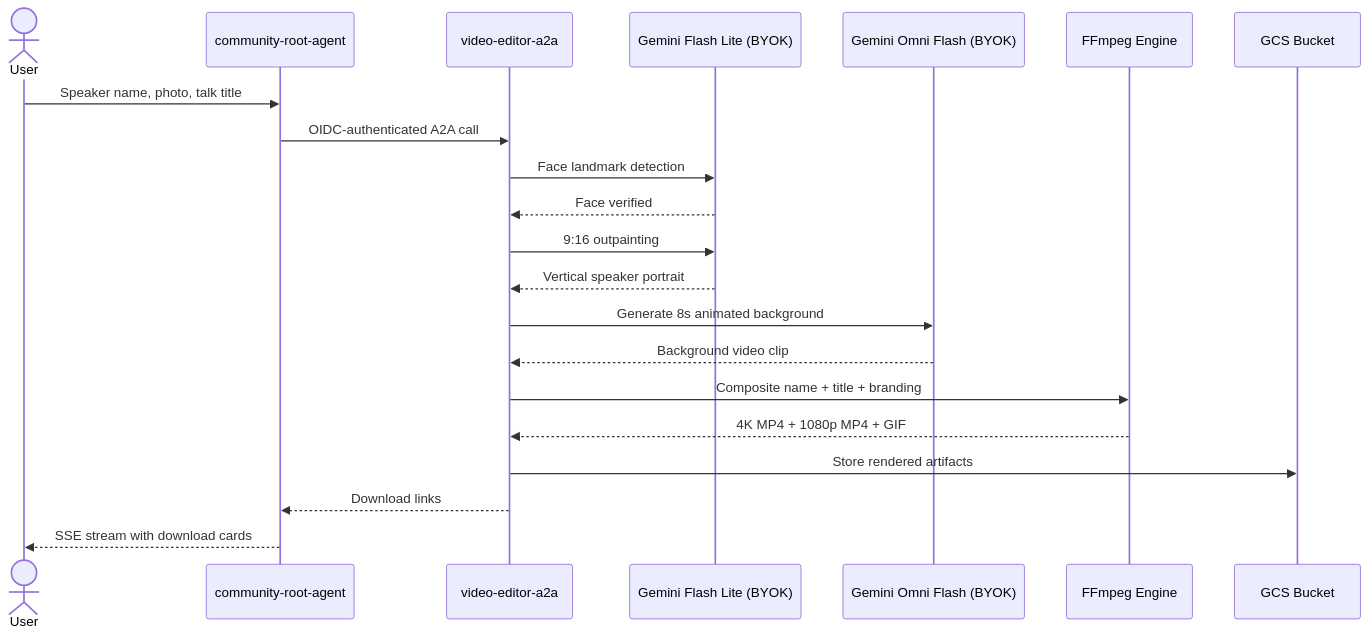
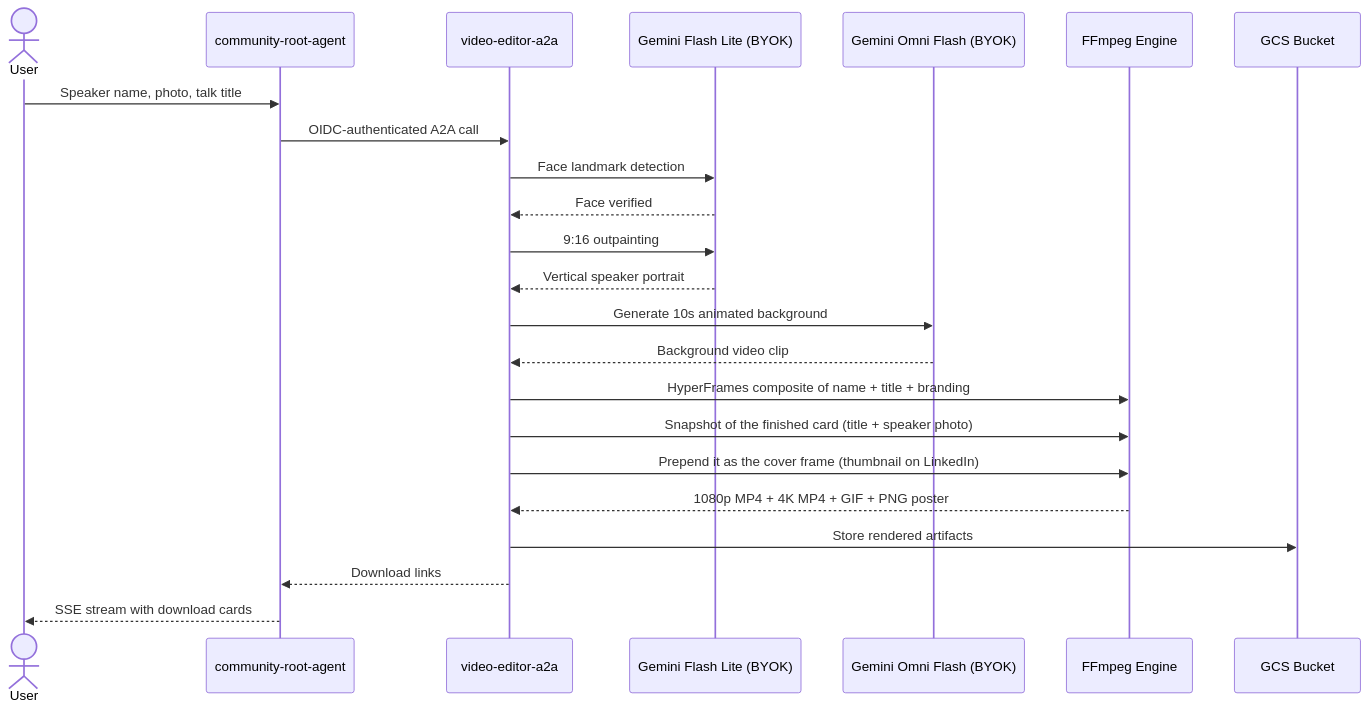
The sixth of 8 diagrams in docs/SOLUTION_ARCHITECTURE.md (aplachykau-git/gdg_agents), drawn with Mermaid before and after one commit. The commit also changed other lines of this file and 99 other files, not shown here.

````diff
--- a/docs/SOLUTION_ARCHITECTURE.md
+++ b/docs/SOLUTION_ARCHITECTURE.md
@@ -237,24 +271,26 @@
 ```mermaid
 sequenceDiagram
     actor User
     participant Root as community-root-agent
     participant Video as video-editor-a2a
     participant Gemini as Gemini Flash Lite (BYOK)
     participant Omni as Gemini Omni Flash (BYOK)
     participant FFmpeg as FFmpeg Engine
     participant GCS as GCS Bucket
 
     User->>Root: Speaker name, photo, talk title
     Root->>Video: OIDC-authenticated A2A call
     Video->>Gemini: Face landmark detection
     Gemini-->>Video: Face verified
     Video->>Gemini: 9:16 outpainting
     Gemini-->>Video: Vertical speaker portrait
-    Video->>Omni: Generate 8s animated background
+    Video->>Omni: Generate 10s animated background
     Omni-->>Video: Background video clip
-    Video->>FFmpeg: Composite name + title + branding
-    FFmpeg-->>Video: 4K MP4 + 1080p MP4 + GIF
+    Video->>FFmpeg: HyperFrames composite of name + title + branding
+    Video->>FFmpeg: Snapshot of the finished card (title + speaker photo)
+    Video->>FFmpeg: Prepend it as the cover frame (thumbnail on LinkedIn)
+    FFmpeg-->>Video: 1080p MP4 + 4K MP4 + GIF + PNG poster
     Video->>GCS: Store rendered artifacts
     Video-->>Root: Download links
     Root-->>User: SSE stream with download cards
 ```
````
